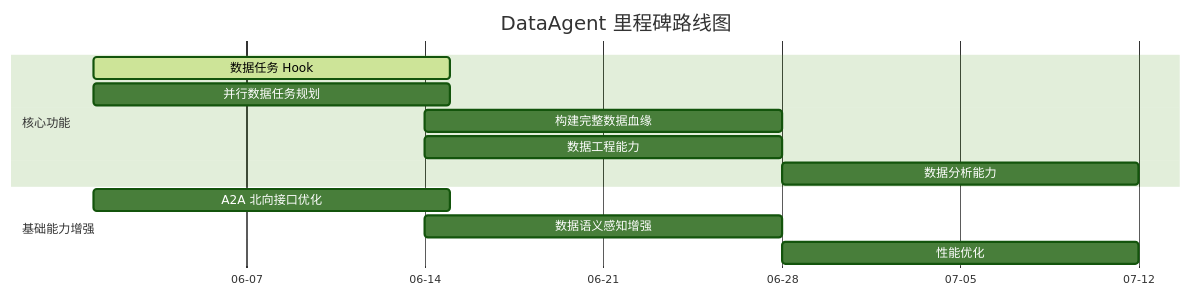
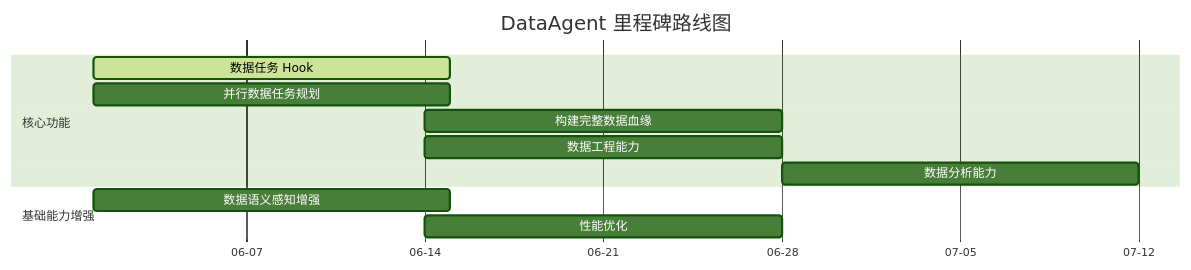
Before and after one commit to datagallery-ai/dataagent: the diagram in docs/zh/milestone/milestone.md, drawn with Mermaid (forest theme). The commit also changed other lines of this file and 499 other files, not shown here.

````diff
--- a/docs/zh/milestone/milestone.md
+++ b/docs/zh/milestone/milestone.md
@@ -22,18 +22,17 @@
 ```mermaid
 gantt
     title DataAgent 里程碑路线图
     dateFormat  YYYY-MM-DD
     axisFormat  %m-%d
 
     section 核心功能
     数据任务 Hook                   :active, feat1, 2026-06-01, 14d
     并行数据任务规划                   :feat2, 2026-06-01, 14d
     构建完整数据血缘                   :feat3, 2026-06-14, 14d
     数据工程能力                   :feat4, 2026-06-14, 14d
     数据分析能力                   :feat5, 2026-06-28, 14d
 
     section 基础能力增强
-    A2A 北向接口优化                   :enhance1, 2026-06-01, 14d
-    数据语义感知增强                   :enhance2, 2026-06-14, 14d
-    性能优化                   :enhance3, 2026-06-28, 14d
+    数据语义感知增强                   :enhance1, 2026-06-01, 14d
+    性能优化                   :enhance2, 2026-06-14, 14d
 ```
````
